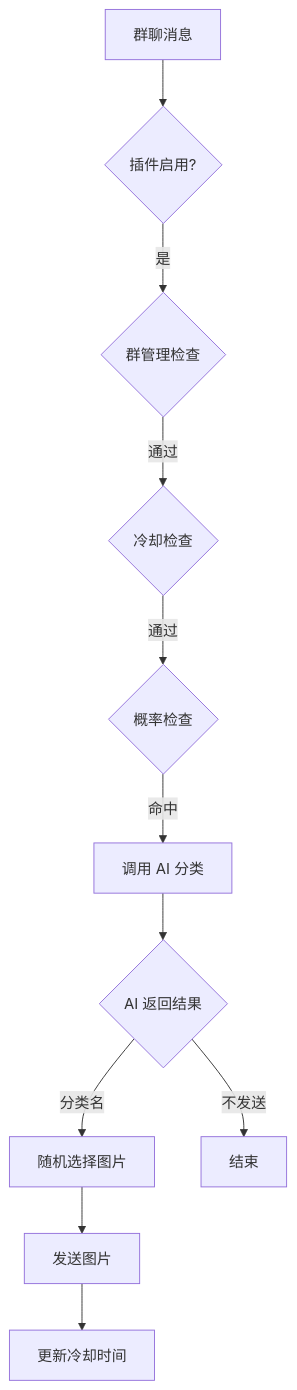
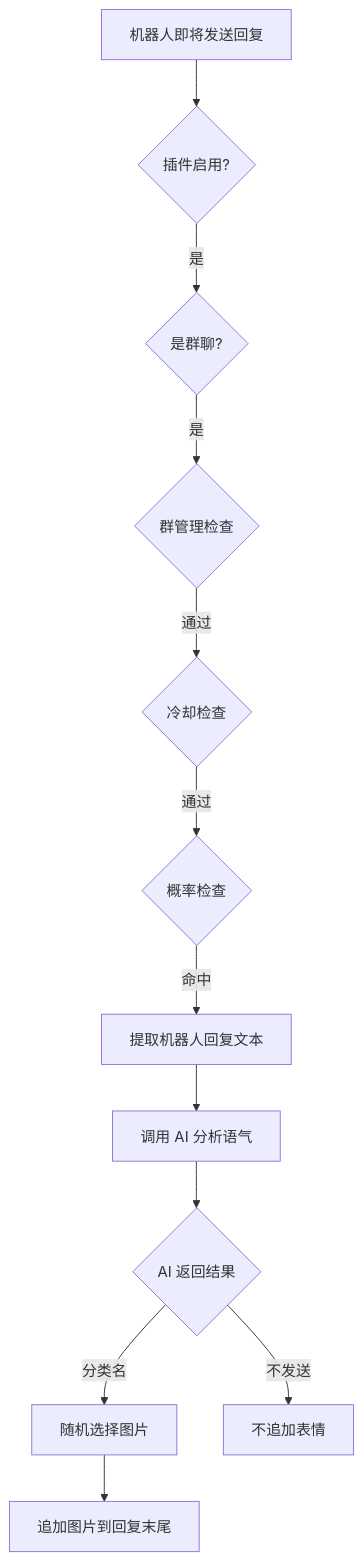
The diagram in README.md (nmb1337/astrbot_plugin_god-master), drawn with Mermaid before and after one commit. The commit also changed other lines of this file and 2 other files, not shown here.

Commit message:
修复

````diff
--- a/README.md
+++ b/README.md
@@ -109,13 +109,14 @@
 ```mermaid
 flowchart TD
-    A["群聊消息"] --> B{"插件启用?"}
-    B -->|是| C{"群管理检查"}
-    C -->|通过| D{"冷却检查"}
-    D -->|通过| E{"概率检查"}
-    E -->|命中| F["调用 AI 分类"]
-    F --> G{"AI 返回结果"}
-    G -->|分类名| H["随机选择图片"]
-    G -->|"不发送"| I["结束"]
-    H --> J["发送图片"]
-    J --> K["更新冷却时间"]
+    A["机器人即将发送回复"] --> B{"插件启用?"}
+    B -->|是| C{"是群聊?"}
+    C -->|是| D{"群管理检查"}
+    D -->|通过| E{"冷却检查"}
+    E -->|通过| F{"概率检查"}
+    F -->|命中| G["提取机器人回复文本"]
+    G --> H["调用 AI 分析语气"]
+    H --> I{"AI 返回结果"}
+    I -->|分类名| J["随机选择图片"]
+    I -->|"不发送"| K["不追加表情"]
+    J --> L["追加图片到回复末尾"]
 ```
````
